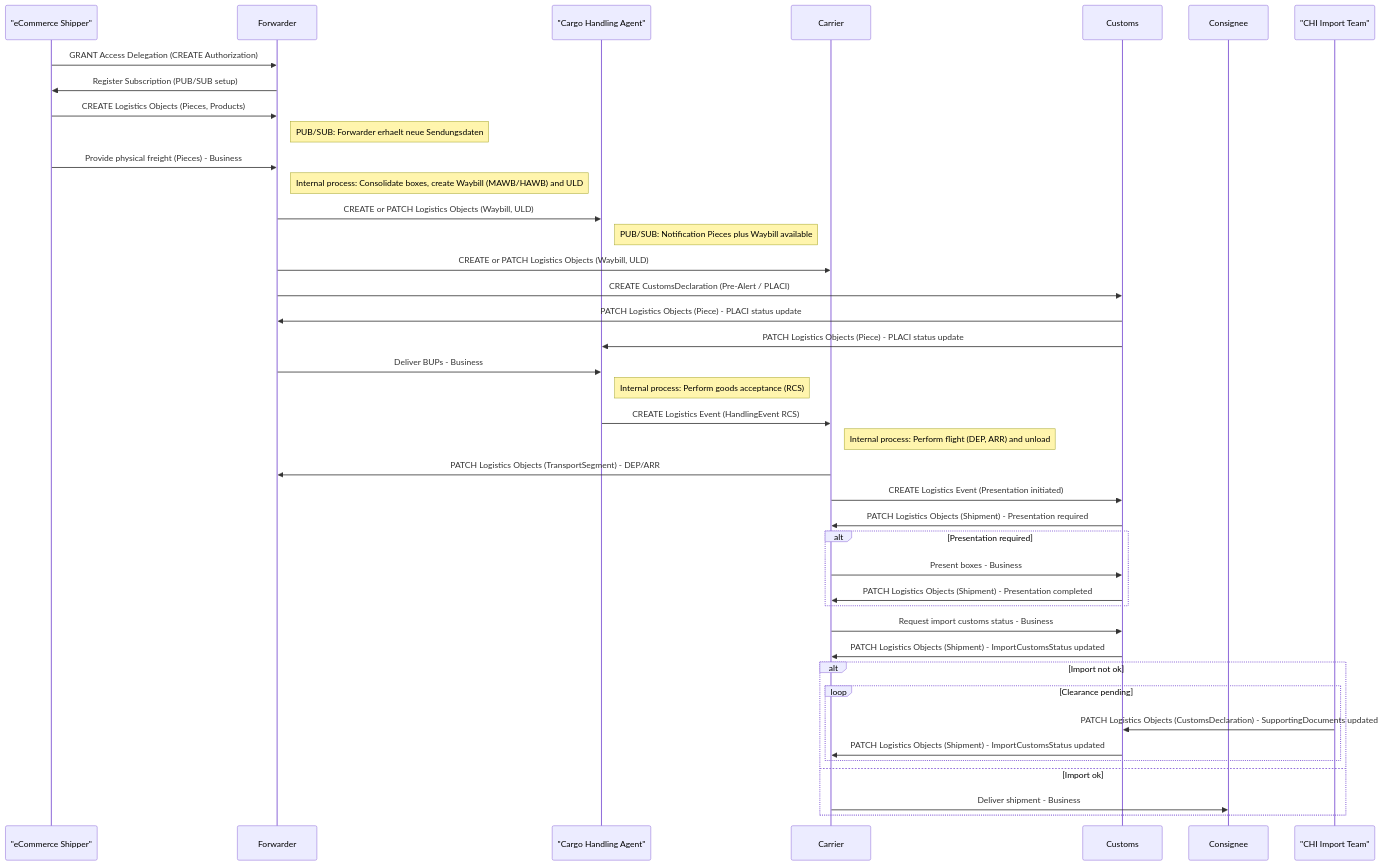
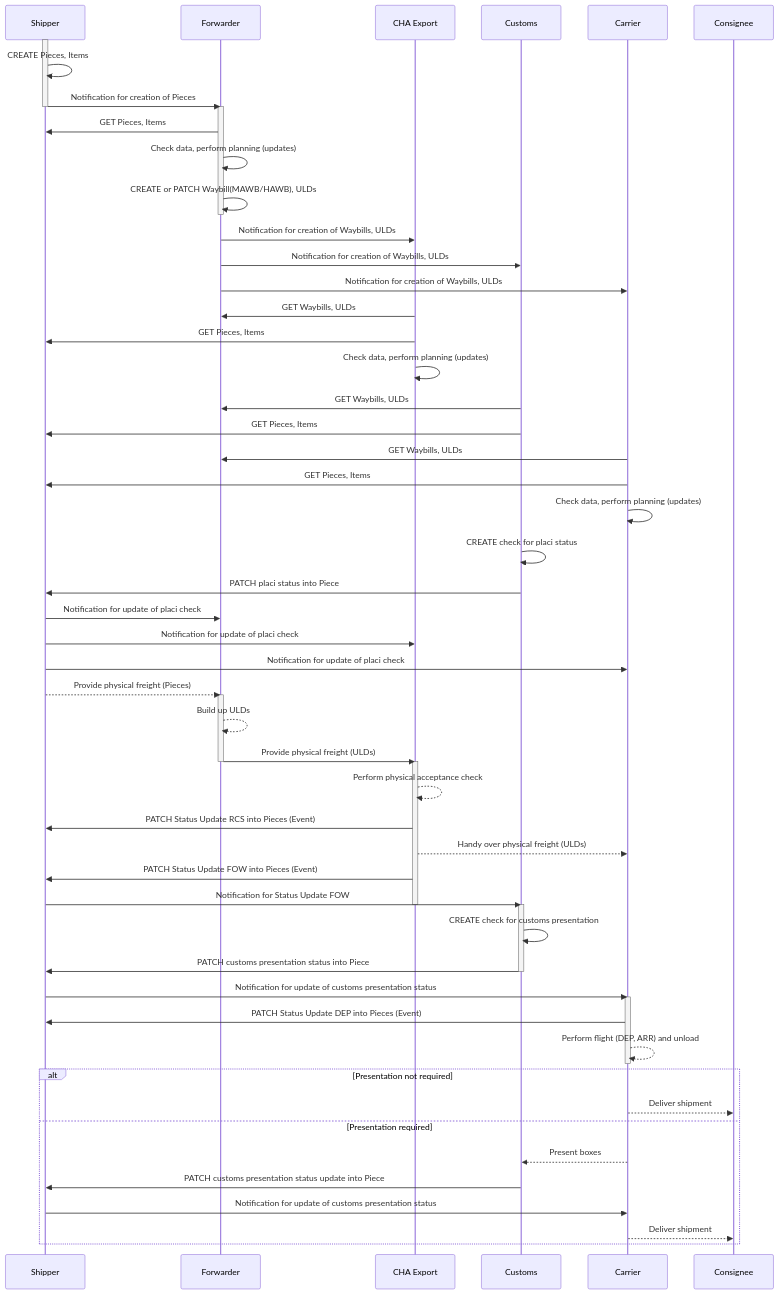
The first of 2 diagrams in README.md (digital-cargo/good-practice-eCommerce), drawn with Mermaid before and after one commit. The commit also changed other lines of this file, not shown here.

Commit message:
Refine sequence diagram and more Updates by LH Cargo remarks in README
Refine sequence diagram and more Updates by LH Cargo remarks in README

````diff
--- a/README.md
+++ b/README.md
@@ -205,61 +205,70 @@
 ```mermaid
 sequenceDiagram
     %% Jede Lifeline repraesentiert den Stakeholder inkl. seines ONE Record Endpoints
-    participant Shipper as "eCommerce Shipper"
+    participant Shipper 
     participant Forwarder
-    participant GHA as "Cargo Handling Agent"
+    participant CHA Export
+    participant Customs
     participant Carrier
-    participant Customs
     participant Consignee
-    participant CHI as "CHI Import Team"
 
-    %% 0) Access & Subscription
-    Shipper->>Forwarder: GRANT Access Delegation (CREATE Authorization)
-    Forwarder->>Shipper: Register Subscription (PUB/SUB setup)
+    activate Shipper
+    Shipper->>Shipper: CREATE Pieces, Items
+    Shipper->>Forwarder: Notification for creation of Pieces
+    deactivate Shipper
+    activate Forwarder
+    Forwarder->>Shipper: GET Pieces, Items
+    Forwarder->>Forwarder: Check data, perform planning (updates)
+    Forwarder->>Forwarder: CREATE or PATCH Waybill(MAWB/HAWB), ULDs
+    deactivate Forwarder
+    Forwarder->>CHA Export: Notification for creation of Waybills, ULDs
+    Forwarder->>Customs: Notification for creation of Waybills, ULDs
+    Forwarder->>Carrier: Notification for creation of Waybills, ULDs
+    CHA Export->>Forwarder: GET Waybills, ULDs
+    CHA Export->>Shipper: GET Pieces, Items
+    CHA Export->>CHA Export: Check data, perform planning (updates)
+    Customs->>Forwarder: GET Waybills, ULDs
+    Customs->>Shipper: GET Pieces, Items
+    Carrier->>Forwarder: GET Waybills, ULDs
+    Carrier->>Shipper: GET Pieces, Items
+    Carrier->>Carrier: Check data, perform planning (updates)
+    Customs->>Customs: CREATE check for placi status
+    Customs->>Shipper: PATCH placi status into Piece
+    Shipper->>Forwarder: Notification for update of placi check
+    Shipper->>CHA Export: Notification for update of placi check
+    Shipper->>Carrier: Notification for update of placi check
 
-    %% 1) Ursprung & Datenerstellung
-    Shipper->>Forwarder: CREATE Logistics Objects (Pieces, Products)
-    Note right of Forwarder: PUB/SUB: Forwarder erhaelt neue Sendungsdaten
-    Shipper->>Forwarder: Provide physical freight (Pieces) - Business
-
-    %% 2) Konsolidierung & Transportdokumente
-    Note right of Forwarder: Internal process: Consolidate boxes, create Waybill (MAWB/HAWB) and ULD
-    Forwarder->>GHA: CREATE or PATCH Logistics Objects (Waybill, ULD)
-    Note right of GHA: PUB/SUB: Notification Pieces plus Waybill available
-    Forwarder->>Carrier: CREATE or PATCH Logistics Objects (Waybill, ULD)
-    Forwarder->>Customs: CREATE CustomsDeclaration (Pre-Alert / PLACI)
-
-    %% 3) PLACI / Vorpruefung
-    Customs->>Forwarder: PATCH Logistics Objects (Piece) - PLACI status update
-    Customs->>GHA: PATCH Logistics Objects (Piece) - PLACI status update
-
-    %% 4) Warenannahme & RCS
-    Forwarder->>GHA: Deliver BUPs - Business
-    Note right of GHA: Internal process: Perform goods acceptance (RCS)
-    GHA->>Carrier: CREATE Logistics Event (HandlingEvent RCS)
-
-    %% 5) Flugsegment & Meilensteine
-    Note right of Carrier: Internal process: Perform flight (DEP, ARR) and unload
-    Carrier->>Forwarder: PATCH Logistics Objects (TransportSegment) - DEP/ARR
-    Carrier->>Customs: CREATE Logistics Event (Presentation initiated)
+    Shipper-->>Forwarder: Provide physical freight (Pieces)
+    activate Forwarder
+    Forwarder-->>Forwarder: Build up ULDs
+    Forwarder->>CHA Export: Provide physical freight (ULDs)
+    deactivate Forwarder
+    activate CHA Export
+    CHA Export-->>CHA Export: Perform physical acceptance check
+    CHA Export->>Shipper: PATCH Status Update RCS into Pieces (Event)
+    CHA Export-->>Carrier: Handy over physical freight (ULDs)
+    CHA Export->>Shipper: PATCH Status Update FOW into Pieces (Event)
+    Shipper->>Customs: Notification for Status Update FOW
+    deactivate CHA Export
+    activate Customs
+    Customs->>Customs: CREATE check for customs presentation
+    Customs->>Shipper: PATCH customs presentation status into Piece
+    deactivate Customs
+    Shipper->>Carrier: Notification for update of customs presentation status
+    activate Carrier
+    Carrier->>Shipper: PATCH Status Update DEP into Pieces (Event)
+    Carrier-->>Carrier: Perform flight (DEP, ARR) and unload
+    deactivate Carrier
 
     %% 6) Zollvorlage & Praesentation
-    Customs->>Carrier: PATCH Logistics Objects (Shipment) - Presentation required
-    alt Presentation required
-        Carrier->>Customs: Present boxes - Business
-        Customs->>Carrier: PATCH Logistics Objects (Shipment) - Presentation completed
-    end
+    alt Presentation not required
+        Carrier-->>Consignee: Deliver shipment
+    else Presentation required
+        Carrier-->>Customs: Present boxes 
+        Customs->>Shipper: PATCH customs presentation status update into Piece
+        Shipper->>Carrier: Notification for update of customs presentation status
+        Carrier-->>Consignee: Deliver shipment
+    end 
 
-    %% 7) Import-Clearance
-    Carrier->>Customs: Request import customs status - Business
-    Customs->>Carrier: PATCH Logistics Objects (Shipment) - ImportCustomsStatus updated
 
-    alt Import not ok
-        loop Clearance pending
-            CHI->>Customs: PATCH Logistics Objects (CustomsDeclaration) - SupportingDocuments updated
-            Customs->>Carrier: PATCH Logistics Objects (Shipment) - ImportCustomsStatus updated
-        end
-    else Import ok
-        Carrier->>Consignee: Deliver shipment - Business
-    end
 ```
````
